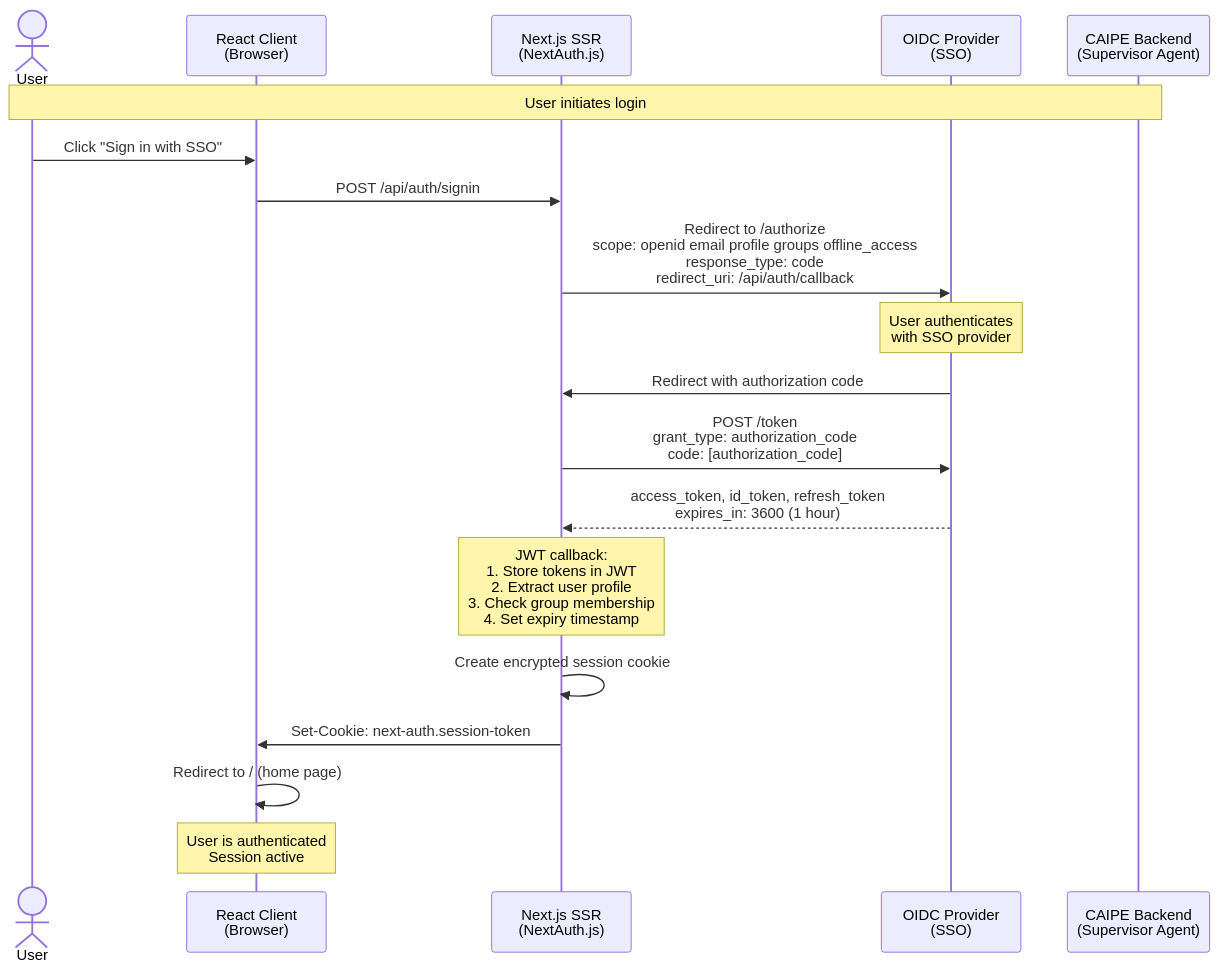
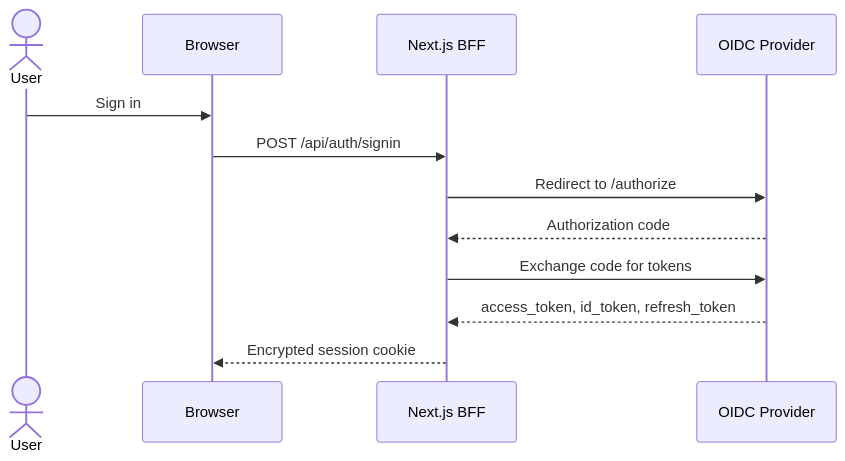
Before and after one commit to cnoe-io/ai-platform-engineering: the first of 2 diagrams in docs/docs/ui/auth-flow.md, drawn with Mermaid. The commit also changed other lines of this file and 252 other files, not shown here.

````diff
--- a/docs/docs/ui/auth-flow.md
+++ b/docs/docs/ui/auth-flow.md
@@ -15,28 +20,15 @@
 ```mermaid
 sequenceDiagram
     actor User
-    participant Browser as React Client<br/>(Browser)
-    participant NextJS as Next.js SSR<br/>(NextAuth.js)
-    participant OIDC as OIDC Provider<br/>(SSO)
-    participant Backend as CAIPE Backend<br/>(Supervisor Agent)
+    participant Browser
+    participant BFF as Next.js BFF
+    participant IdP as OIDC Provider
 
-    Note over User,Backend: User initiates login
-
-    User->>Browser: Click "Sign in with SSO"
-    Browser->>NextJS: POST /api/auth/signin
-    NextJS->>OIDC: Redirect to /authorize<br/>scope: openid email profile groups offline_access<br/>response_type: code<br/>redirect_uri: /api/auth/callback
-
-    Note over OIDC: User authenticates<br/>with SSO provider
-
-    OIDC->>NextJS: Redirect with authorization code
-    NextJS->>OIDC: POST /token<br/>grant_type: authorization_code<br/>code: [authorization_code]
-    OIDC-->>NextJS: access_token, id_token, refresh_token<br/>expires_in: 3600 (1 hour)
-
-    Note over NextJS: JWT callback:<br/>1. Store tokens in JWT<br/>2. Extract user profile<br/>3. Check group membership<br/>4. Set expiry timestamp
-
-    NextJS->>NextJS: Create encrypted session cookie
-    NextJS->>Browser: Set-Cookie: next-auth.session-token
-    Browser->>Browser: Redirect to / (home page)
-
-    Note over Browser: User is authenticated<br/>Session active
+    User->>Browser: Sign in
+    Browser->>BFF: POST /api/auth/signin
+    BFF->>IdP: Redirect to /authorize
+    IdP-->>BFF: Authorization code
+    BFF->>IdP: Exchange code for tokens
+    IdP-->>BFF: access_token, id_token, refresh_token
+    BFF-->>Browser: Encrypted session cookie
 ```
````
